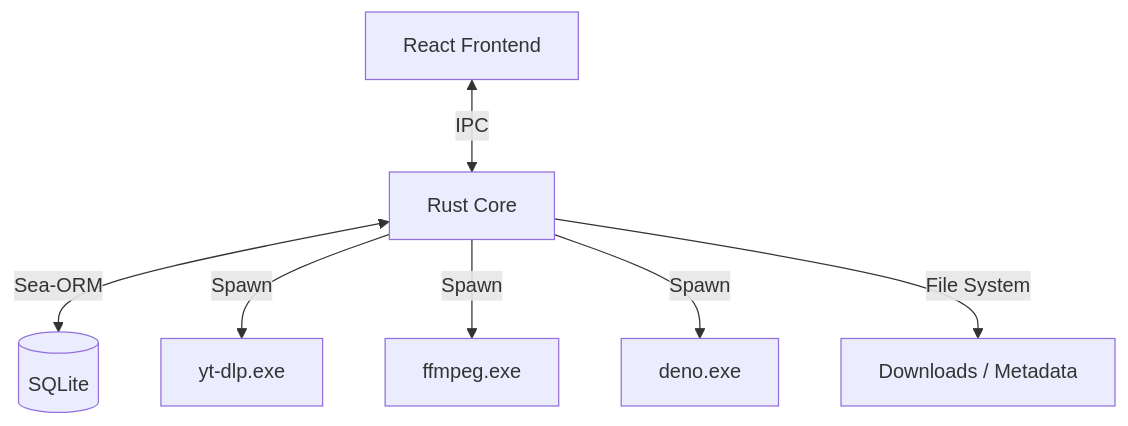
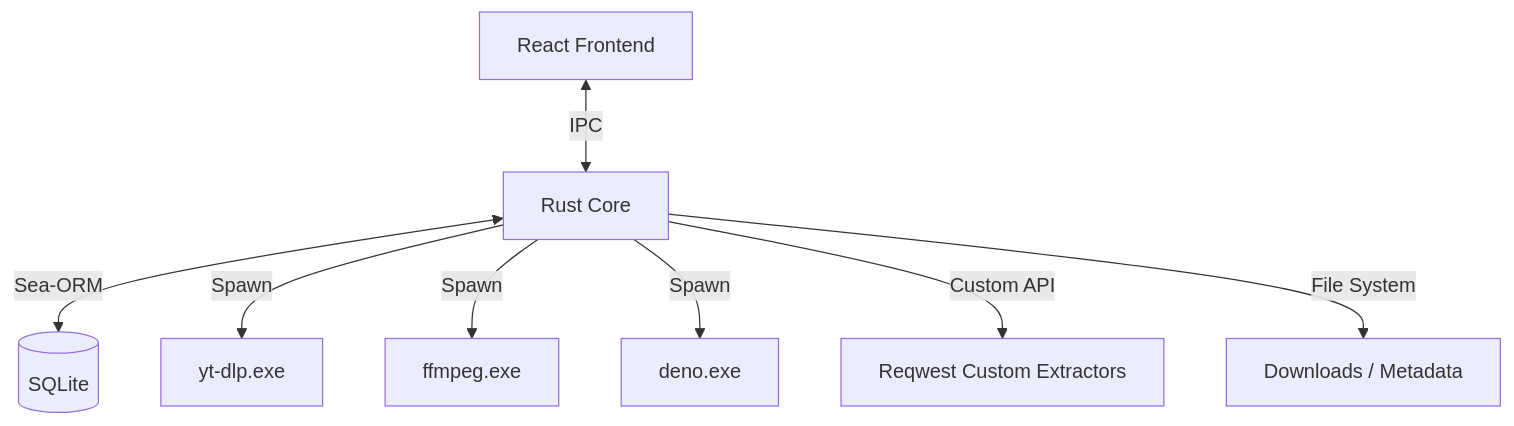
Before and after one commit to Zidane0MA/VideoDownloaderPro: the diagram in memory-bank/systemPatterns.md, drawn with Mermaid. The commit also changed other lines of this file and 17 other files, not shown here.

````diff
--- a/memory-bank/systemPatterns.md
+++ b/memory-bank/systemPatterns.md
@@ -6,9 +6,10 @@
 ```mermaid
 graph TD
     UI[React Frontend] <-->|IPC| Core[Rust Core]
     Core <-->|Sea-ORM| DB[(SQLite)]
     Core -->|Spawn| YTDLP[yt-dlp.exe]
     Core -->|Spawn| FFMPEG[ffmpeg.exe]
     Core -->|Spawn| DENO[deno.exe]
+    Core -->|Custom API| REQ[Reqwest Custom Extractors]
     Core -->|File System| Storage[Downloads / Metadata]
 ```
````
